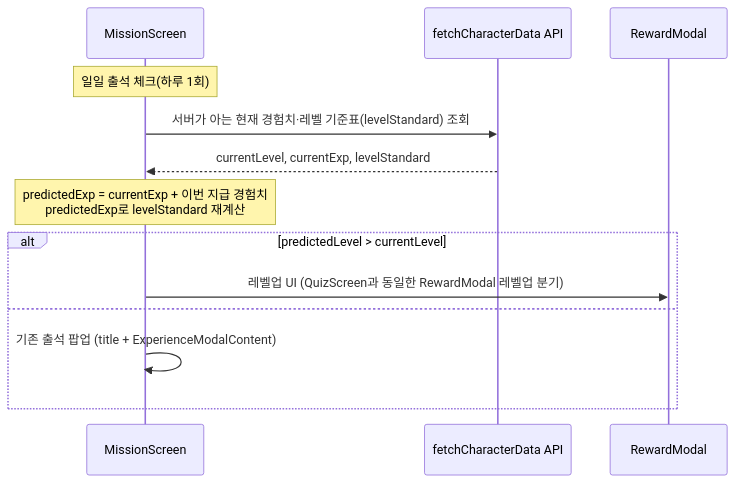
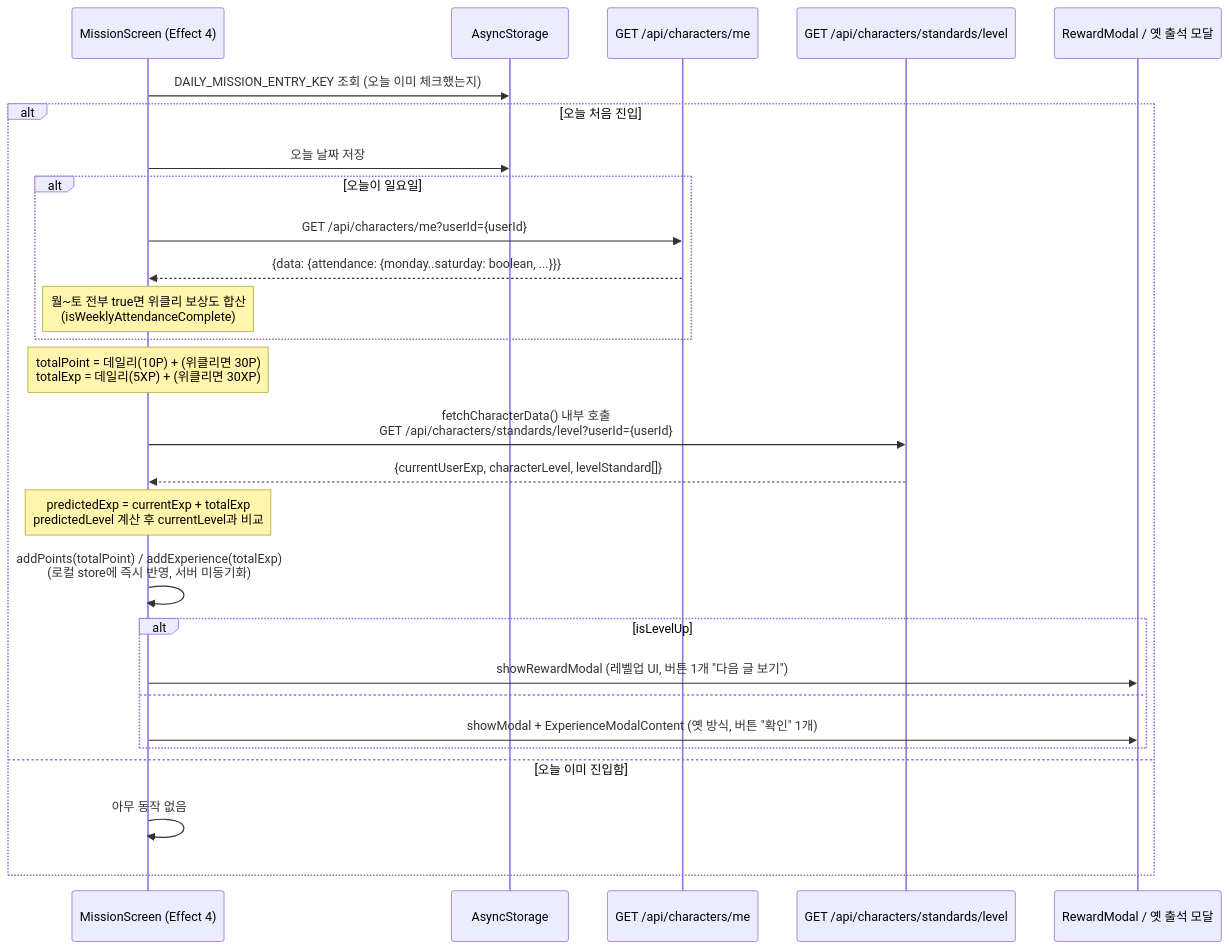
Before and after one commit to SWYP-app-3-10/neurous-client: the third of 4 diagrams in docs/LEVEL_UP_FLOW.md, drawn with Mermaid. The commit also changed other lines of this file and 2 other files, not shown here.

First line of the commit message:
feat(article): 글 읽기 완료 시 레벨업 UI 지원 및 관련 문서 상세화

````diff
--- a/docs/LEVEL_UP_FLOW.md
+++ b/docs/LEVEL_UP_FLOW.md
@@ -101,16 +141,30 @@
 ```mermaid
 sequenceDiagram
-    participant M as MissionScreen
-    participant API as fetchCharacterData API
-    participant RM as RewardModal
+    participant M as MissionScreen (Effect 4)
+    participant AS as AsyncStorage
+    participant CharMeAPI as GET /api/characters/me
+    participant LevelAPI as GET /api/characters/standards/level
+    participant RM as RewardModal / 옛 출석 모달
 
-    Note over M: 일일 출석 체크(하루 1회)
-    M->>API: 서버가 아는 현재 경험치·레벨 기준표(levelStandard) 조회
-    API-->>M: currentLevel, currentExp, levelStandard
-    Note over M: predictedExp = currentExp + 이번 지급 경험치<br/>predictedExp로 levelStandard 재계산
-    alt predictedLevel > currentLevel
-        M->>RM: 레벨업 UI (QuizScreen과 동일한 RewardModal 레벨업 분기)
-    else
-        M->>M: 기존 출석 팝업 (title + ExperienceModalContent)
+    M->>AS: DAILY_MISSION_ENTRY_KEY 조회 (오늘 이미 체크했는지)
+    alt 오늘 처음 진입
+        M->>AS: 오늘 날짜 저장
+        alt 오늘이 일요일
+            M->>CharMeAPI: GET /api/characters/me?userId={userId}
+            CharMeAPI-->>M: {data: {attendance: {monday..saturday: boolean, ...}}}
+            Note over M: 월~토 전부 true면 위클리 보상도 합산<br/>(isWeeklyAttendanceComplete)
+        end
+        Note over M: totalPoint = 데일리(10P) + (위클리면 30P)<br/>totalExp = 데일리(5XP) + (위클리면 30XP)
+        M->>LevelAPI: fetchCharacterData() 내부 호출<br/>GET /api/characters/standards/level?userId={userId}
+        LevelAPI-->>M: {currentUserExp, characterLevel, levelStandard[]}
+        Note over M: predictedExp = currentExp + totalExp<br/>predictedLevel 계산 후 currentLevel과 비교
+        M->>M: addPoints(totalPoint) / addExperience(totalExp)<br/>(로컬 store에 즉시 반영, 서버 미동기화)
+        alt isLevelUp
+            M->>RM: showRewardModal (레벨업 UI, 버튼 1개 "다음 글 보기")
+        else
+            M->>RM: showModal + ExperienceModalContent (옛 방식, 버튼 "확인" 1개)
+        end
+    else 오늘 이미 진입함
+        M->>M: 아무 동작 없음
     end
 ```
````
